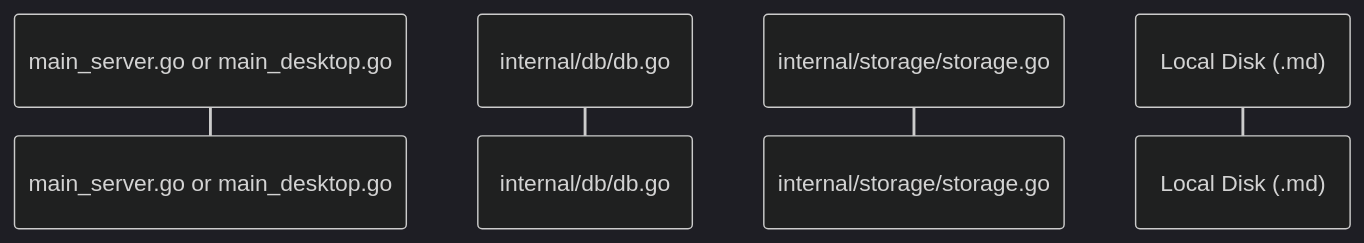
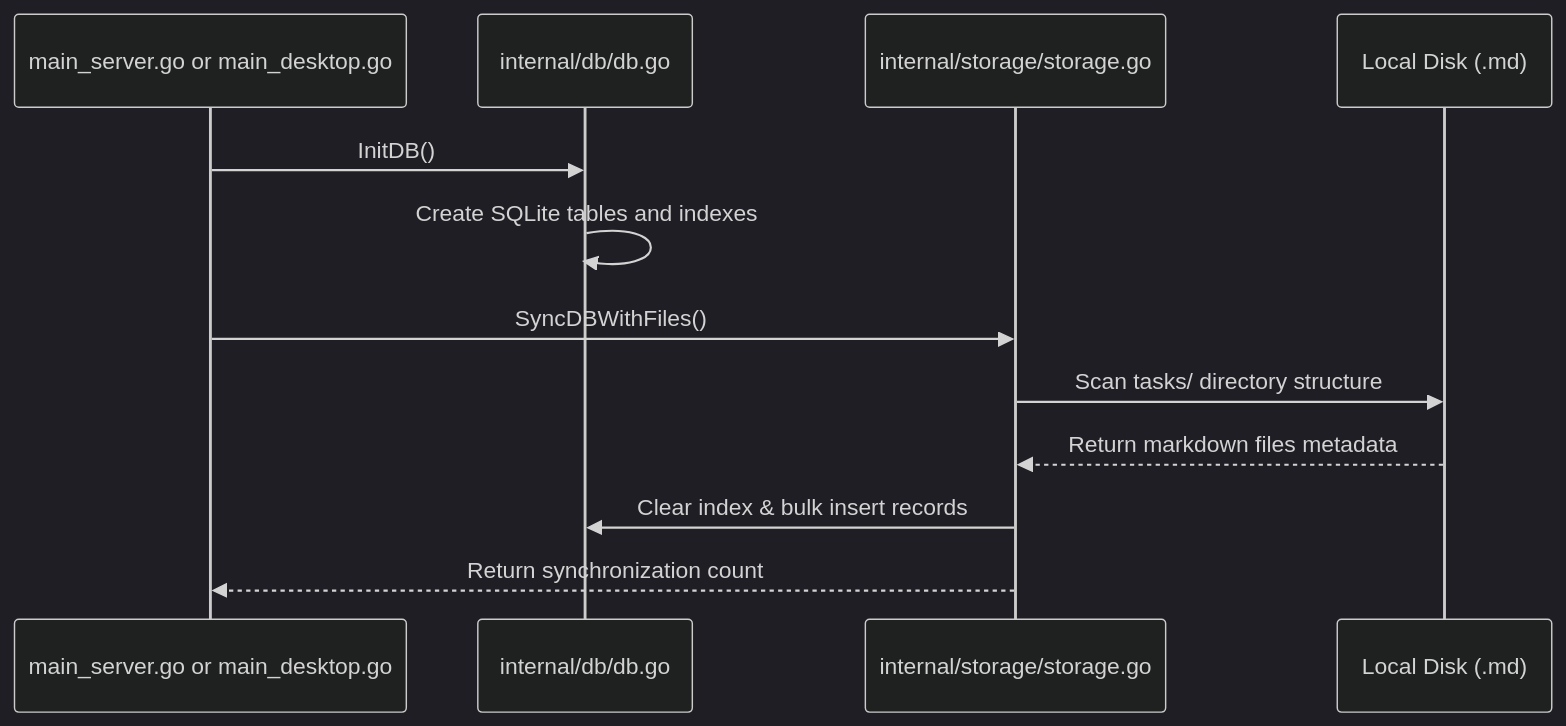
The fourth of 4 diagrams in docs/developer/architecture.md (simon123h/Jotter), drawn with Mermaid (dark theme) before and after one commit.

Commit message:
docs: fix error in arch docs

````diff
--- a/docs/developer/architecture.md
+++ b/docs/developer/architecture.md
@@ -102,7 +102,15 @@
 ```mermaid
 sequenceDiagram
     participant Main as main_server.go or main_desktop.go
     participant DB as internal/db/db.go
     participant Storage as internal/storage/storage.go
     participant Disk as Local Disk (.md)
+
+    Main->>DB: InitDB()
+    DB->>DB: Create SQLite tables and indexes
+    Main->>Storage: SyncDBWithFiles()
+    Storage->>Disk: Scan tasks/ directory structure
+    Disk-->>Storage: Return markdown files metadata
+    Storage->>DB: Clear index & bulk insert records
+    Storage-->>Main: Return synchronization count
 ```
````
